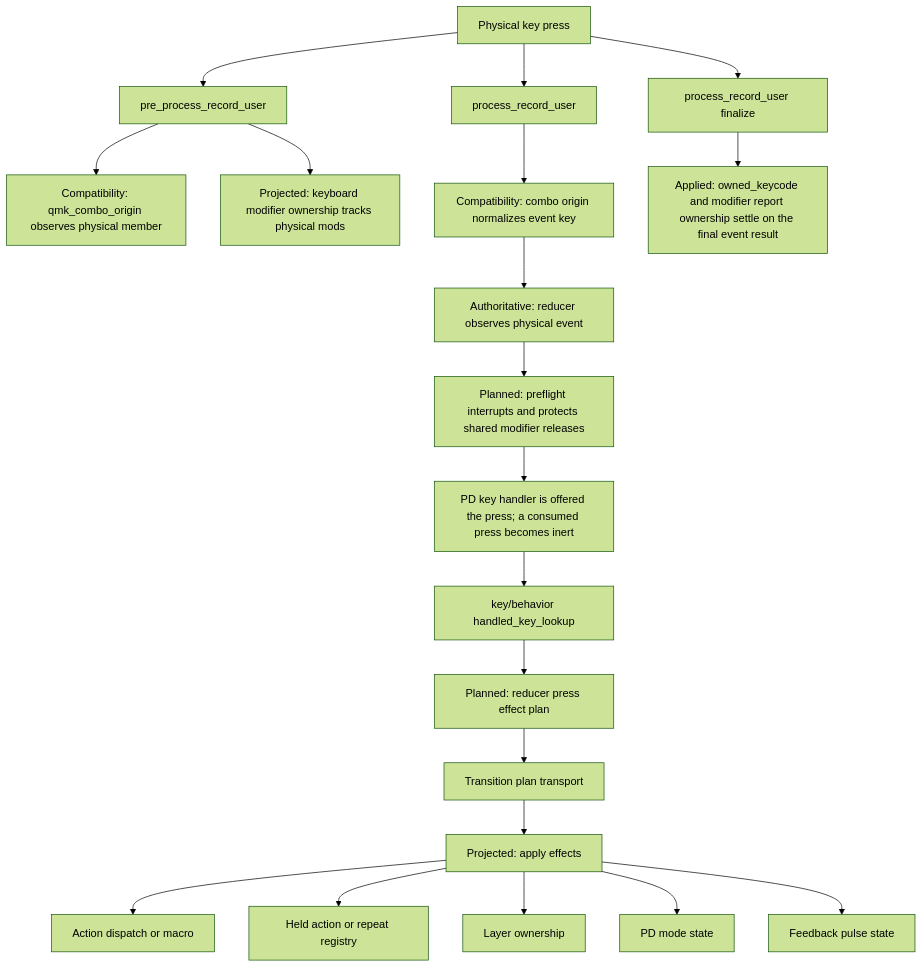
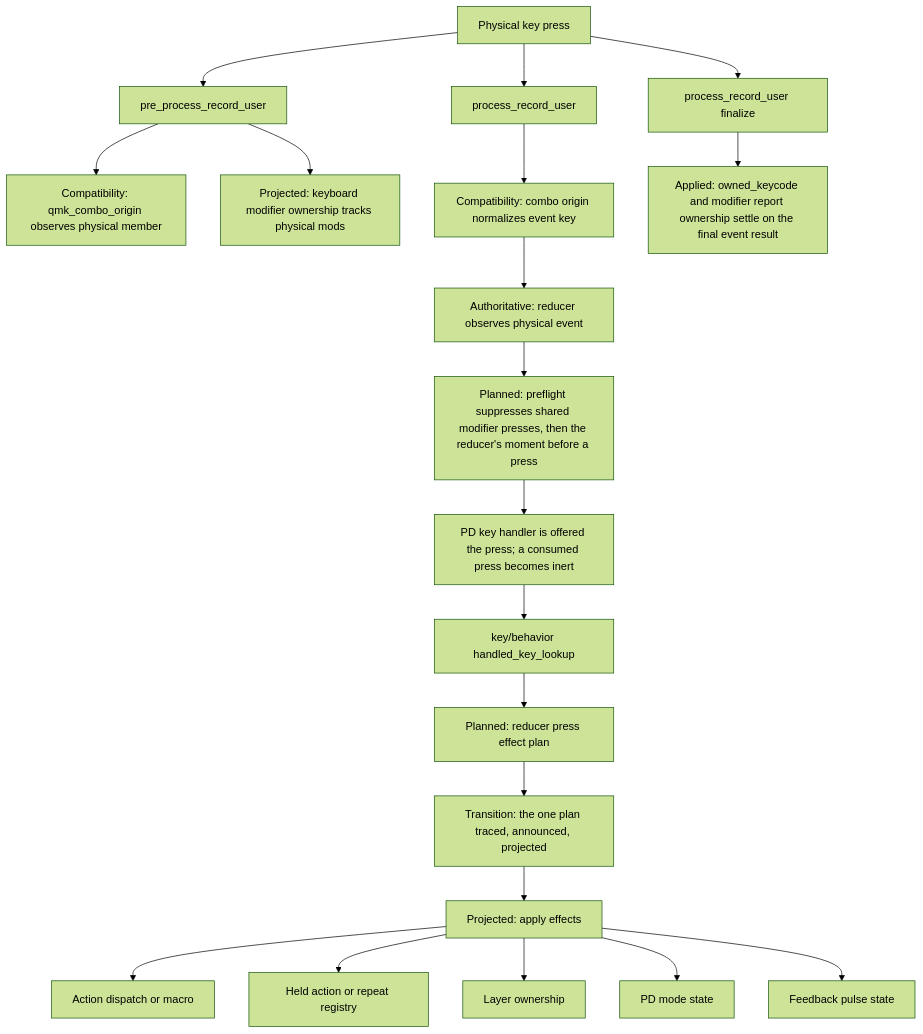
The second of 12 diagrams in docs/architecture/runtime-flow.md (NoahCLR/charybdis-4x6), drawn with Mermaid (forest theme) before and after one commit. The commit also changed other lines of this file and 5 other files, not shown here.

First line of the commit message:
The handled press and release plan in their own frames, and the stack manifest follows the one plan

````diff
--- a/docs/architecture/runtime-flow.md
+++ b/docs/architecture/runtime-flow.md
@@ -34,22 +34,22 @@
 ```mermaid
 flowchart TD
     physical["Physical key press"] --> pre_user["pre_process_record_user"]
     pre_user --> origin["Compatibility: qmk_combo_origin observes physical member"]
     pre_user --> mod_track["Projected: keyboard modifier ownership tracks physical mods"]
     physical --> process_user["process_record_user"]
     process_user --> normalize["Compatibility: combo origin normalizes event key"]
     normalize --> observe["Authoritative: reducer observes physical event"]
-    observe --> preflight["Planned: preflight interrupts and protects shared modifier releases"]
+    observe --> preflight["Planned: preflight suppresses shared modifier presses, then the reducer's moment before a press"]
     preflight --> pd_handler["PD key handler is offered the press; a consumed press becomes inert"]
     pd_handler --> lookup["key/behavior handled_key_lookup"]
     lookup --> press_plan["Planned: reducer press effect plan"]
-    press_plan --> transition["Transition plan transport"]
+    press_plan --> transition["Transition: the one plan traced, announced, projected"]
     transition --> projection["Projected: apply effects"]
     projection --> action["Action dispatch or macro"]
     projection --> held["Held action or repeat registry"]
     projection --> layer["Layer ownership"]
     projection --> pd["PD mode state"]
     projection --> feedback["Feedback pulse state"]
     physical --> finalize["process_record_user finalize"]
     finalize --> report_track["Applied: owned_keycode and modifier report ownership settle on the final event result"]
 ```
````
